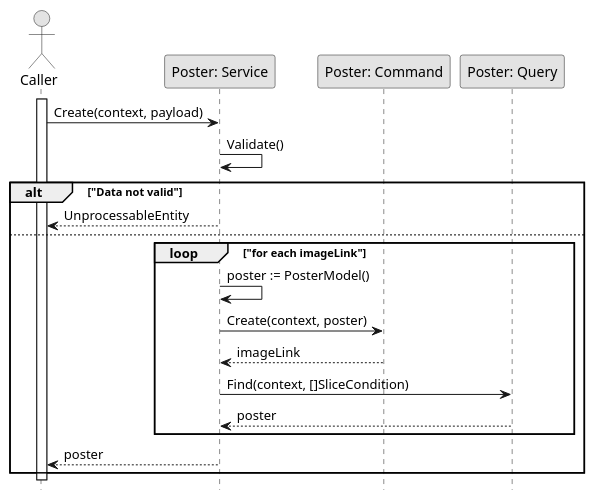
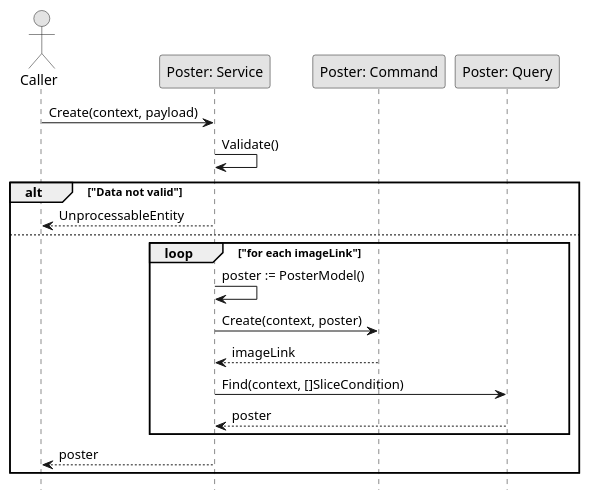
The diagram in Sequence/Release01/CreatePoster.wsd (fwidjaya20/fazzlearning-uml), drawn with PlantUML before and after one commit. The commit also changed 32 other files, not shown here.

Commit message:
fix(diagram): remove lifeline

```diff
--- a/Sequence/Release01/CreatePoster.wsd
+++ b/Sequence/Release01/CreatePoster.wsd
@@ -1,34 +1,29 @@
 @startuml CreatePoster
 
 skinparam Monochrome true
 skinparam Shadowing false
 hide footbox
 
 actor Caller
 participant "Poster: Service" as PosterService
 participant "Poster: Command" as PosterCommand
 participant "Poster: Query" as PosterQuery
-
-activate Caller
 
 Caller->PosterService: Create(context, payload)
 PosterService->PosterService: Validate()
 
 alt "Data not valid"
     PosterService-->Caller: UnprocessableEntity
 else
     loop "for each imageLink"
         PosterService->PosterService: poster := PosterModel()
         PosterService->PosterCommand: Create(context, poster)
         PosterCommand-->PosterService: imageLink
 
         PosterService->PosterQuery: Find(context, []SliceCondition)
         PosterQuery-->PosterService: poster
     end
     PosterService-->Caller: poster
-    deactivate PosterService
 end
 
-deactivate Caller
-
 @enduml
```
